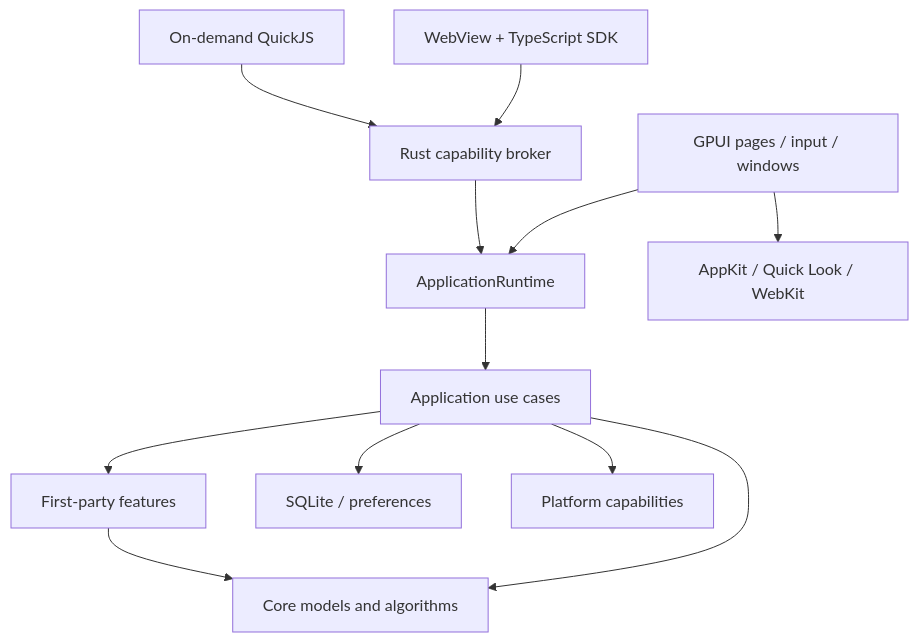
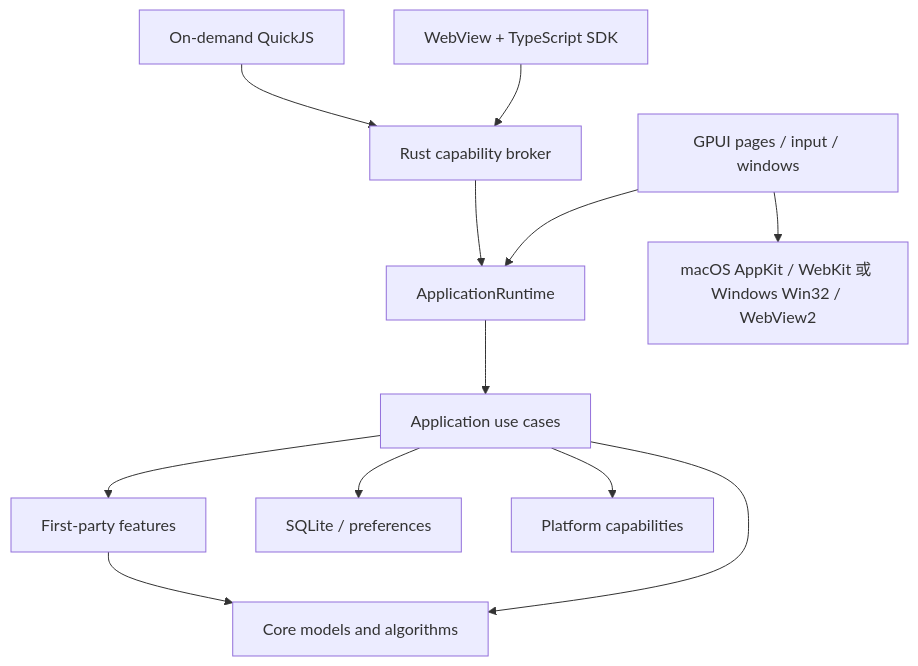
The diagram in docs/architecture.md (FantasyDream/Anywhere), drawn with Mermaid before and after one commit. The commit also changed other lines of this file and 341 other files, not shown here.

````diff
--- a/docs/architecture.md
+++ b/docs/architecture.md
@@ -13,14 +11,14 @@
 ```mermaid
 flowchart TD
     GPUI[GPUI pages / input / windows] --> Runtime[ApplicationRuntime]
     Runtime --> Application[Application use cases]
     Application --> Core[Core models and algorithms]
     Application --> Features[First-party features]
     Features --> Core
     Application --> Persistence[SQLite / preferences]
     Application --> Platform[Platform capabilities]
-    GPUI --> Native[AppKit / Quick Look / WebKit]
+    GPUI --> Native[macOS AppKit / WebKit 或 Windows Win32 / WebView2]
     Web[WebView + TypeScript SDK] --> Broker[Rust capability broker]
     Background[On-demand QuickJS] --> Broker
     Broker --> Runtime
 ```
````
